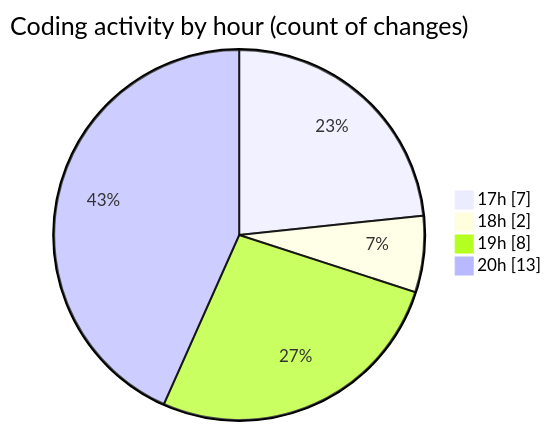
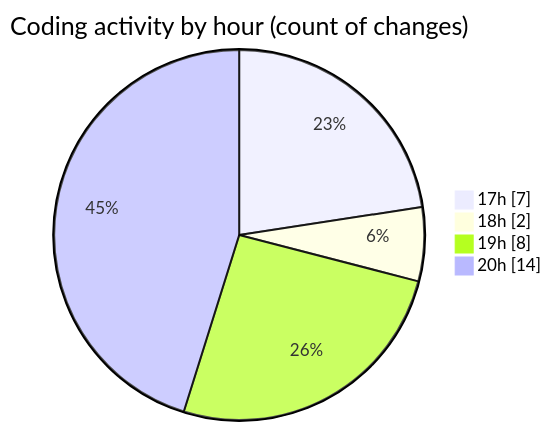
Before and after one commit to MatusMokan/code-tracking: the second of 2 diagrams in 2025-01-12/myws__workspace_/README.md, drawn with Mermaid. The commit also changed other lines of this file and 1 other file, not shown here.

````diff
--- a/2025-01-12/myws__workspace_/README.md
+++ b/2025-01-12/myws__workspace_/README.md
@@ -29,8 +29,8 @@
 ```mermaid
 pie showData
 title Coding activity by hour (count of changes)
 "17h" : 7
 "18h" : 2
 "19h" : 8
-"20h" : 13
+"20h" : 14
 ```
````
